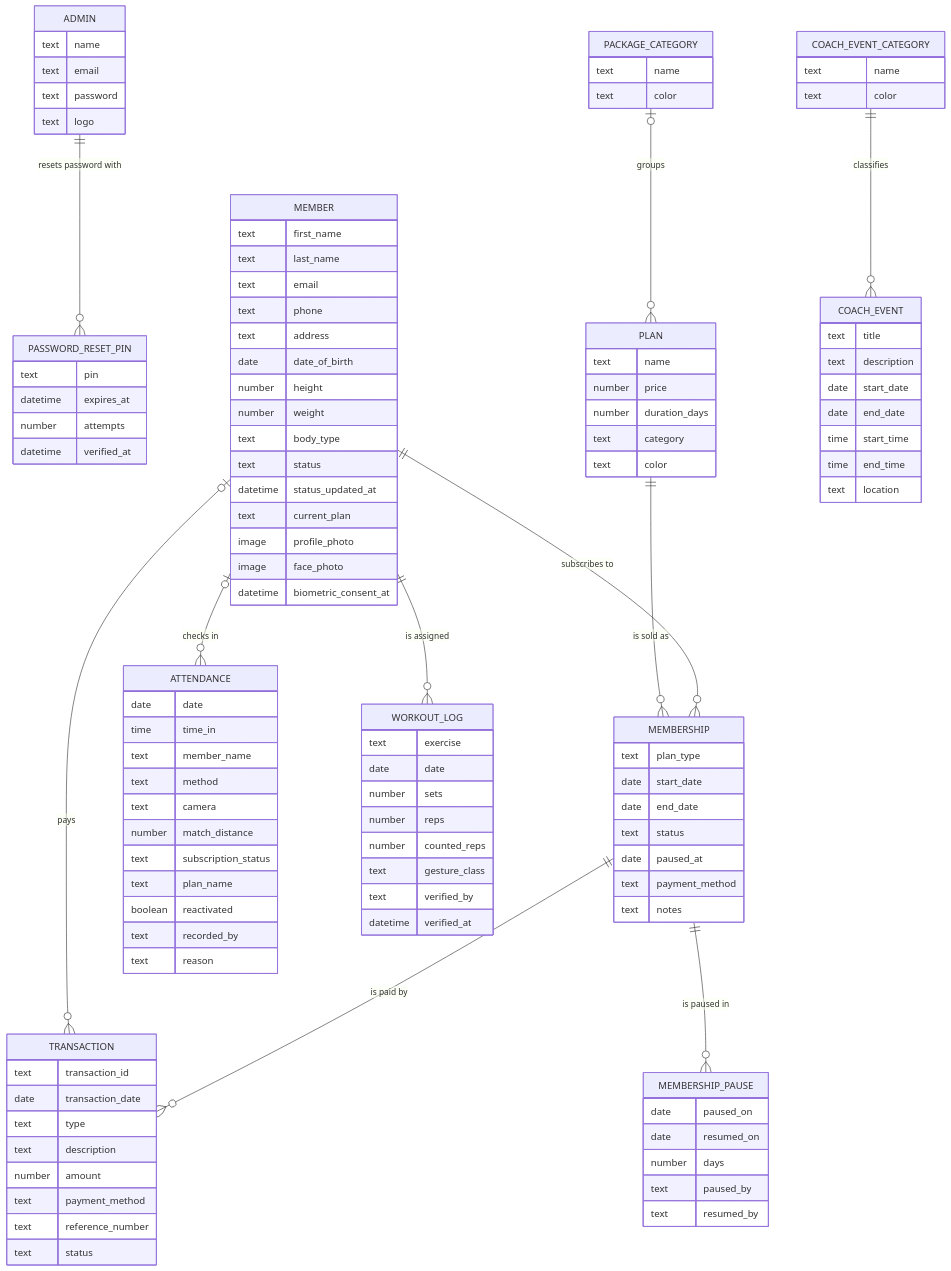
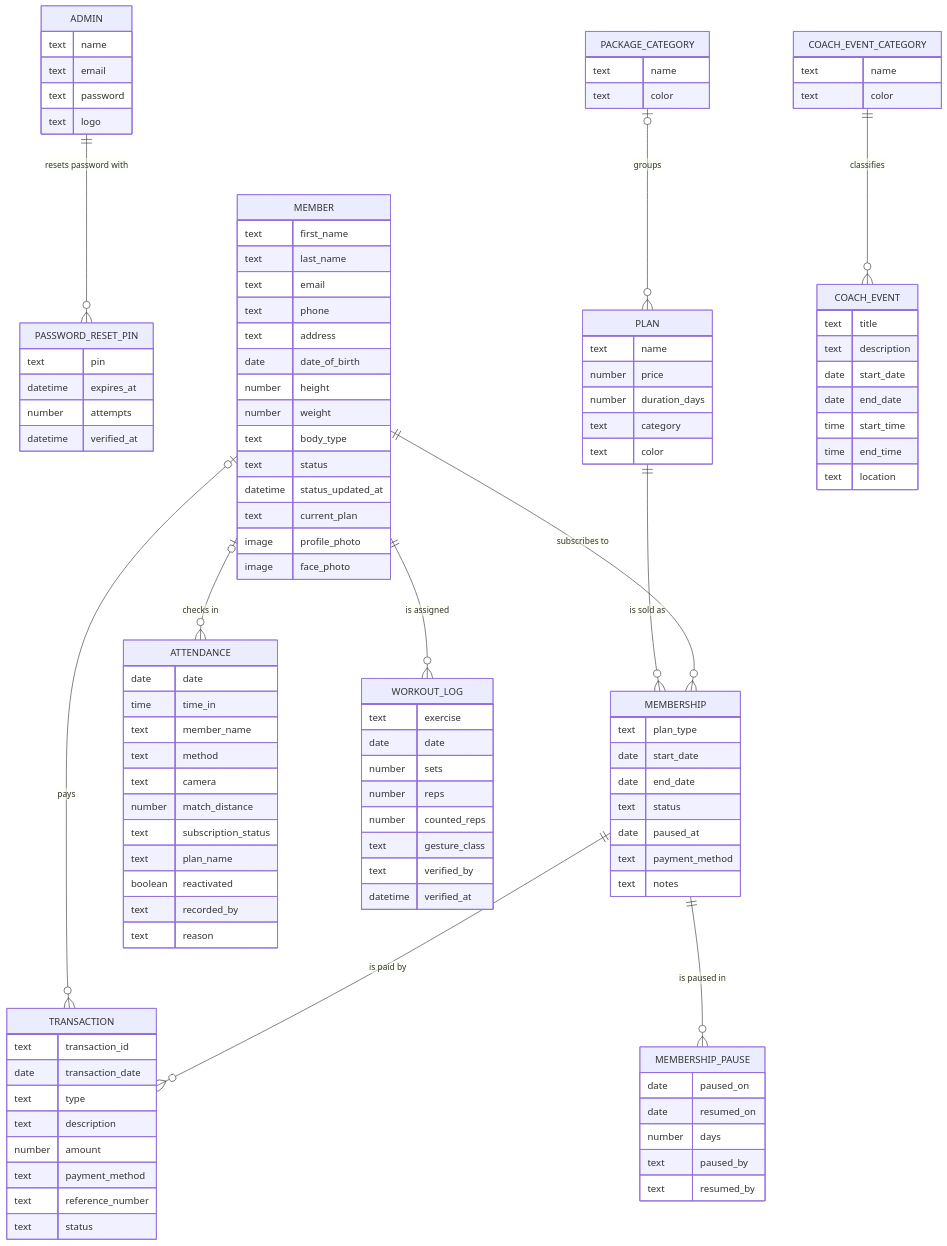
The eighth of 9 diagrams in Updated Current Plan For Development/Chapter4_Diagrams (2).md (Plonteras191/GYM2-CAPSTONE), drawn with Mermaid before and after one commit. The commit also changed other lines of this file and 73 other files, not shown here.

```diff
--- a/Updated Current Plan For Development/Chapter4_Diagrams (2).md
+++ b/Updated Current Plan For Development/Chapter4_Diagrams (2).md
@@ -538,7 +522,6 @@
         text current_plan
         image profile_photo
         image face_photo
-        datetime biometric_consent_at
     }
     PACKAGE_CATEGORY {
         text name
```
